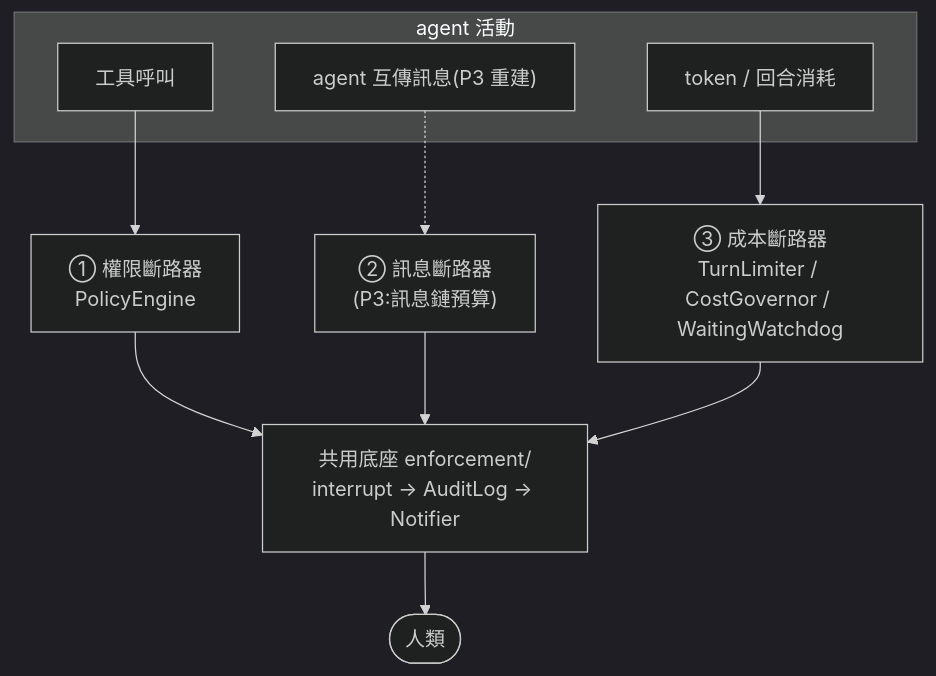
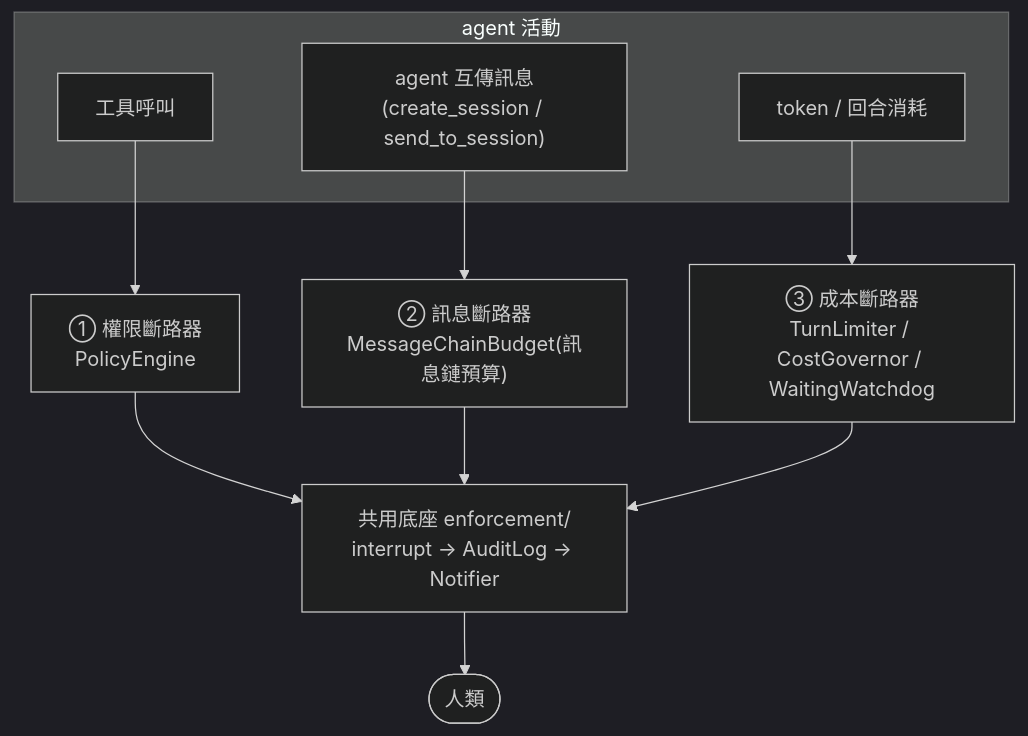
One commit to xing-101729/deskmony changed the second of 4 diagrams in docs/ARCHITECTURE.md. Above: the diagram before and after it, drawn with Mermaid (dark theme). The commit also changed other lines of this file and 10 other files, not shown here.

First line of the commit message:
Describe the agent catalog and session network in the user docs

````diff
--- a/docs/ARCHITECTURE.md
+++ b/docs/ARCHITECTURE.md
@@ -205,17 +222,17 @@
 ```mermaid
 flowchart TB
     subgraph AGENTS["agent 活動"]
         Tool["工具呼叫"]
-        Msg["agent 互傳訊息(P3 重建)"]
+        Msg["agent 互傳訊息<br/>(create_session / send_to_session)"]
         Usage["token / 回合消耗"]
     end
 
     Tool --> P["① 權限斷路器<br/>PolicyEngine"]
-    Msg -.-> M["② 訊息斷路器<br/>(P3:訊息鏈預算)"]
+    Msg --> M["② 訊息斷路器<br/>MessageChainBudget(訊息鏈預算)"]
     Usage --> C["③ 成本斷路器<br/>TurnLimiter / CostGovernor / WaitingWatchdog"]
 
     P --> BASE["共用底座 enforcement/<br/>interrupt → AuditLog → Notifier"]
     M --> BASE
     C --> BASE
     BASE --> H(["人類"])
 ```
````
